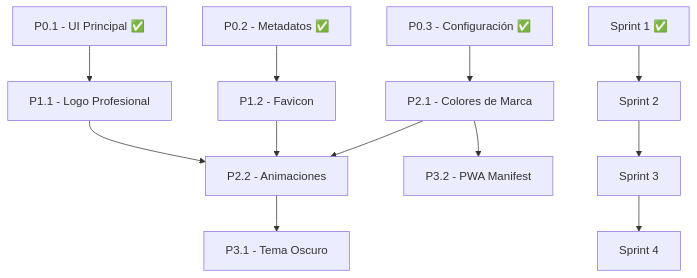
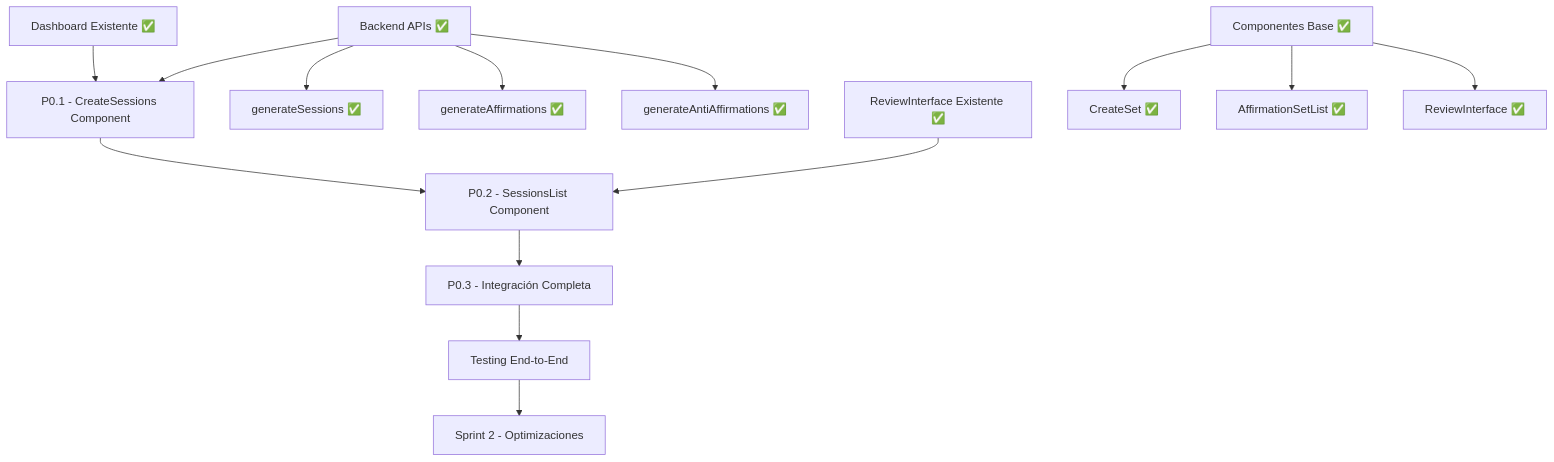
The diagram in docs/execution-plan.md (Tobarrientos2/retender), drawn with Mermaid before and after one commit. The commit also changed other lines of this file and 15 other files, not shown here.

````diff
--- a/docs/execution-plan.md
+++ b/docs/execution-plan.md
@@ -58,17 +69,20 @@
 ```mermaid
 graph TD
-    A[P0.1 - UI Principal ✅] --> B[P1.1 - Logo Profesional]
-    C[P0.2 - Metadatos ✅] --> D[P1.2 - Favicon]
-    E[P0.3 - Configuración ✅] --> F[P2.1 - Colores de Marca]
-    
-    B --> G[P2.2 - Animaciones]
-    D --> G
-    F --> G
-    
-    G --> H[P3.1 - Tema Oscuro]
-    F --> I[P3.2 - PWA Manifest]
-    
-    J[Sprint 1 ✅] --> K[Sprint 2]
-    K --> L[Sprint 3]
-    L --> M[Sprint 4]
+    A[P0.1 - CreateSessions Component] --> B[P0.2 - SessionsList Component]
+    B --> C[P0.3 - Integración Completa]
+
+    D[Backend APIs ✅] --> A
+    D --> E[generateSessions ✅]
+    D --> F[generateAffirmations ✅]
+    D --> G[generateAntiAffirmations ✅]
+
+    H[Dashboard Existente ✅] --> A
+    I[ReviewInterface Existente ✅] --> B
+
+    C --> J[Testing End-to-End]
+    J --> K[Sprint 2 - Optimizaciones]
+
+    L[Componentes Base ✅] --> M[CreateSet ✅]
+    L --> N[AffirmationSetList ✅]
+    L --> O[ReviewInterface ✅]
 ```
````
